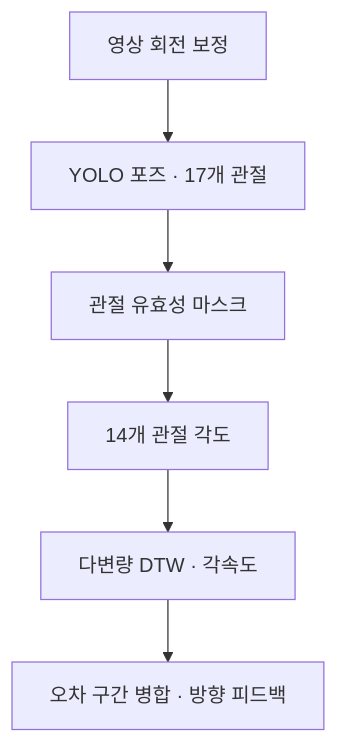
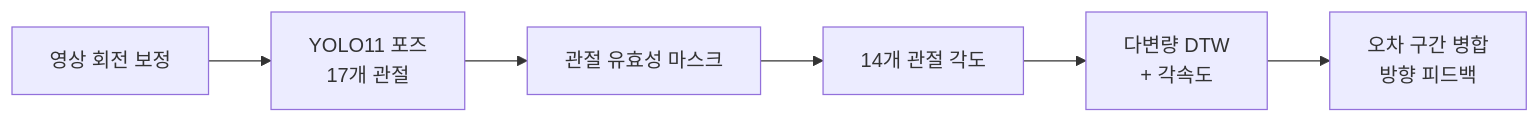
One commit to Joooooonha/ODO changed the second of 2 diagrams in README.md. Above: the diagram before and after it, drawn with Mermaid. The commit also changed other lines of this file and 3 other files, not shown here.

````diff
--- a/README.md
+++ b/README.md
@@ -103,8 +161,8 @@
 ```mermaid
-flowchart TD
-    A["영상 회전 보정"] --> B["YOLO 포즈 · 17개 관절"]
+flowchart LR
+    A["영상 회전 보정"] --> B["YOLO11 포즈<br/>17개 관절"]
     B --> C["관절 유효성 마스크"]
     C --> D["14개 관절 각도"]
-    D --> E["다변량 DTW · 각속도"]
-    E --> F["오차 구간 병합 · 방향 피드백"]
+    D --> E["다변량 DTW<br/>+ 각속도"]
+    E --> F["오차 구간 병합<br/>방향 피드백"]
 ```
````
